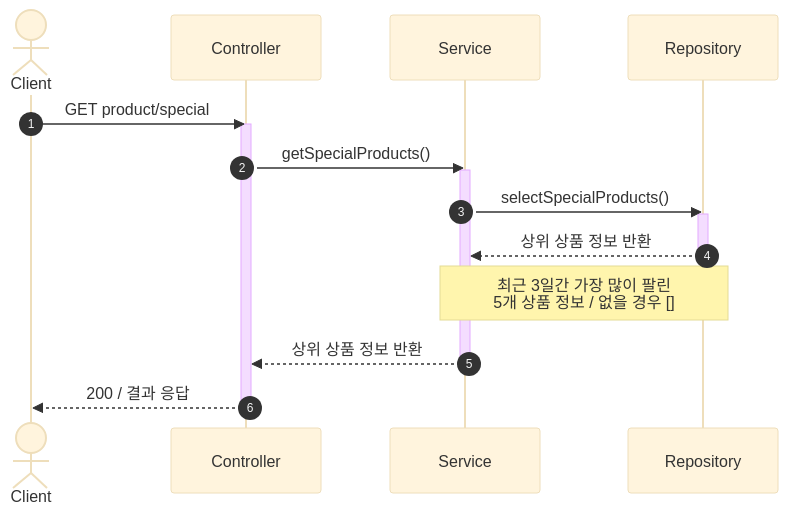
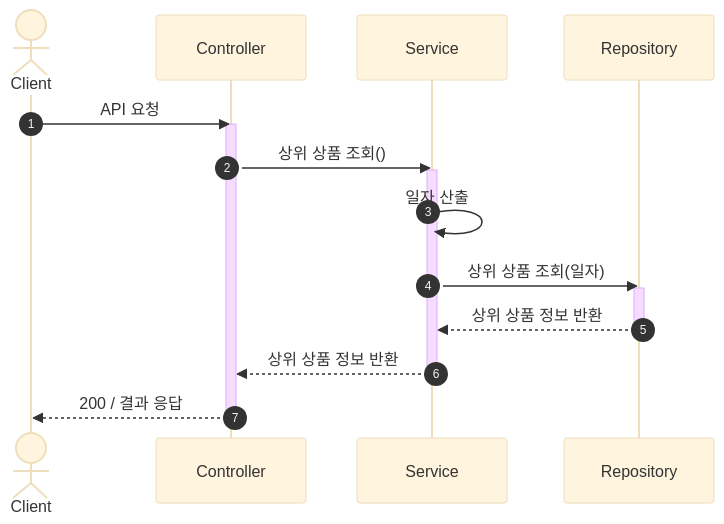
One commit to wooo73/hhplus-e-commerce changed the fourth of 7 diagrams in docs/sequence-diagram.md. Above: the diagram before and after it, drawn with Mermaid (base theme). The commit also changed other lines of this file, not shown here.

First line of the commit message:
docs: 시퀀스 다이어그램 수정

````diff
--- a/docs/sequence-diagram.md
+++ b/docs/sequence-diagram.md
@@ -105,23 +111,26 @@
 ```mermaid
 sequenceDiagram
 autonumber
     actor Client
     participant Controller
     participant Service
     participant Repository
 
-    Client ->> Controller: GET product/special
+    Client ->> Controller: API 요청
     activate Controller
-    Controller ->> Service: getSpecialProducts()
+    Controller ->> Service: 상위 상품 조회()
     activate Service
-    Service ->> Repository: selectSpecialProducts()
+    Service ->> Service: 일자 산출
+
+    Service ->> Repository: 상위 상품 조회(일자)
     activate Repository
+
     Repository -->> Service: 상위 상품 정보 반환
     deactivate Repository
-    Note over Service,Repository: 최근 3일간 가장 많이 팔린 <br/> 5개 상품 정보 / 없을 경우 []
 
     Service -->> Controller: 상위 상품 정보 반환
     deactivate Service
+
     Controller -->> Client: 200 / 결과 응답
     deactivate Controller
 ```
````
